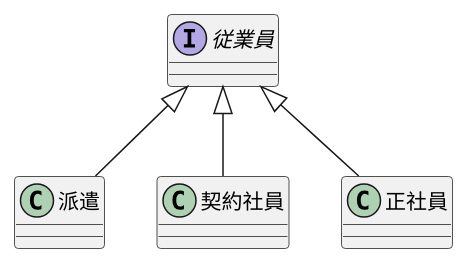
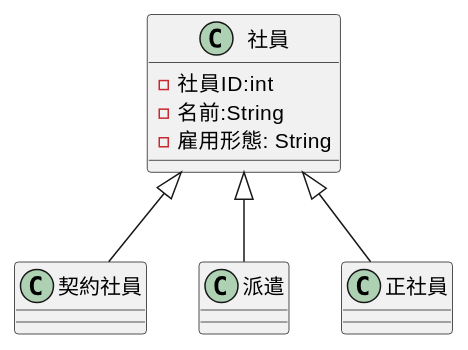
The diagram in 演習3-1_CL_雇用形態.pu (sakamotoshuri/uml_introduction), drawn with PlantUML before and after one commit. The commit also changed 3 other files, not shown here.

```diff
--- a/演習3-1_CL_雇用形態.pu
+++ b/演習3-1_CL_雇用形態.pu
@@ -1,10 +1,23 @@
-@startuml 課題
-interface 従業員 {
+@startuml 演習
+class 社員 {
+- 社員ID:int
+- 名前:String
+- 雇用形態: String
 }
-class 派遣 {}
-class 契約社員{}
-class 正社員{}
-従業員 <|-- 派遣
-従業員 <|-- 契約社員
-従業員 <|-- 正社員
+
+class 契約社員{
+
+}
+
+class 派遣{
+
+}
+
+class 正社員{
+
+}
+
+社員 <|-down- 派遣
+社員 <|-down- 契約社員
+社員 <|-down- 正社員
 @enduml
```
